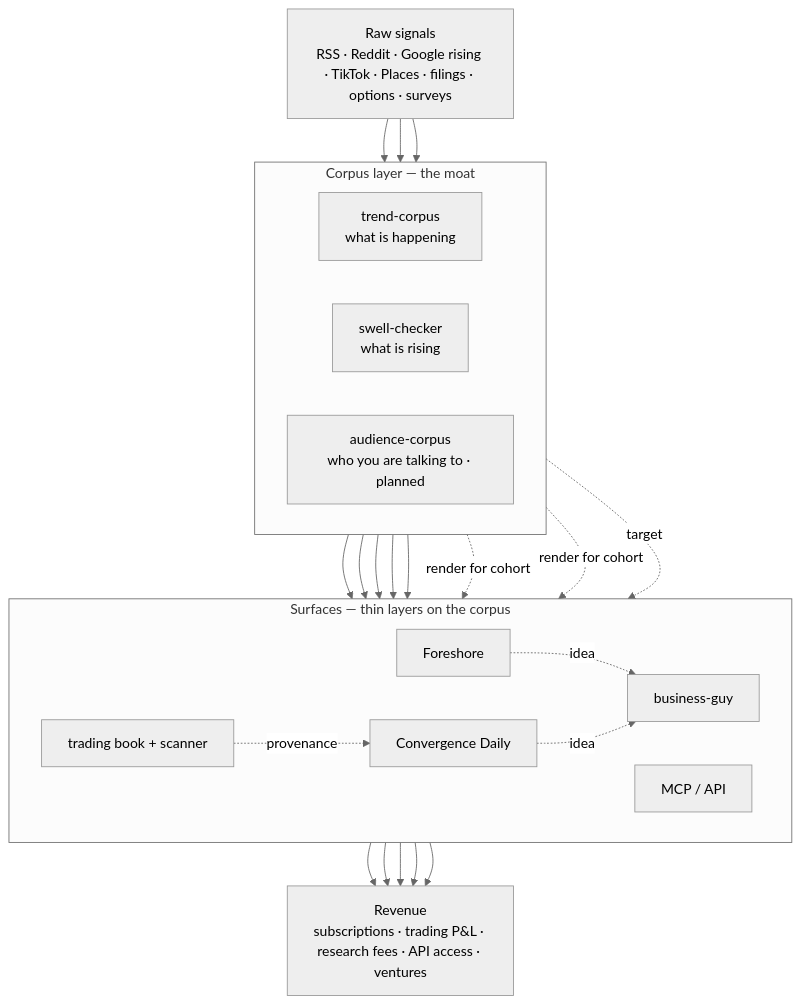
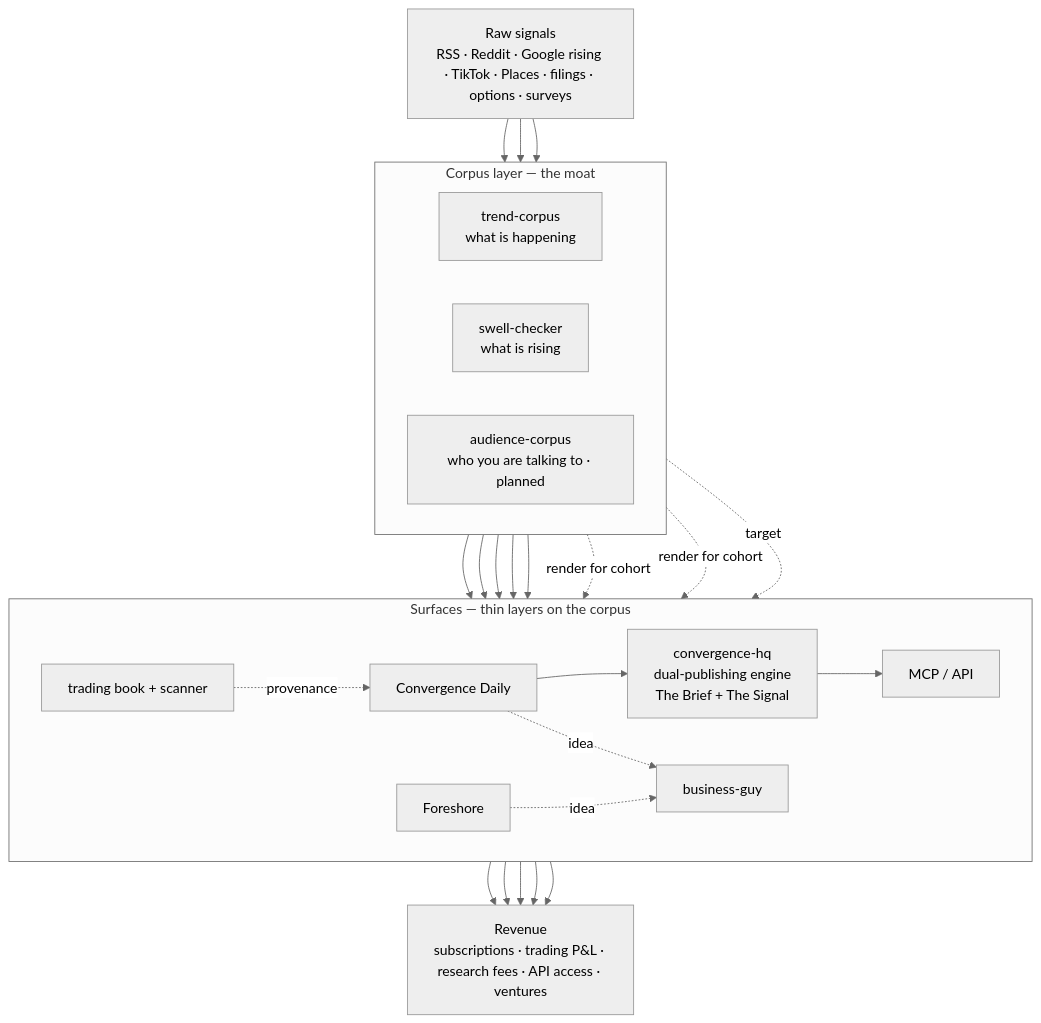
The diagram in profile/README.md (P-U-C/.github), drawn with Mermaid (neutral theme) before and after one commit. The commit also changed other lines of this file, not shown here.

Commit message:
profile: add convergence-hq dual-publishing engine to the system map + component list

````diff
--- a/profile/README.md
+++ b/profile/README.md
@@ -30,42 +30,45 @@
 ```mermaid
 flowchart TB
   SIG["Raw signals<br/>RSS · Reddit · Google rising · TikTok · Places · filings · options · surveys"]
 
   subgraph CORPUS["Corpus layer — the moat"]
     direction LR
     TC["trend-corpus<br/>what is happening"]
     SC["swell-checker<br/>what is rising"]
     AC["audience-corpus<br/>who you are talking to · planned"]
   end
 
   subgraph SURFACES["Surfaces — thin layers on the corpus"]
     direction LR
     FS["Foreshore"]
     CV["Convergence Daily"]
+    ENG["convergence-hq<br/>dual-publishing engine<br/>The Brief + The Signal"]
     TB["trading book + scanner"]
     BG["business-guy"]
     API["MCP / API"]
   end
 
   REV["Revenue<br/>subscriptions · trading P&L · research fees · API access · ventures"]
 
   SIG --> TC
   SIG --> SC
   SIG --> AC
   SC --> FS
   TC --> CV
   TC --> TB
   TC --> API
   SC --> API
+  CV --> ENG
+  ENG --> API
   AC -. render for cohort .-> FS
   AC -. render for cohort .-> CV
   AC -. target .-> BG
   FS -. idea .-> BG
   CV -. idea .-> BG
   TB -. provenance .-> CV
   FS --> REV
   CV --> REV
   TB --> REV
   BG --> REV
   API --> REV
 ```
````
